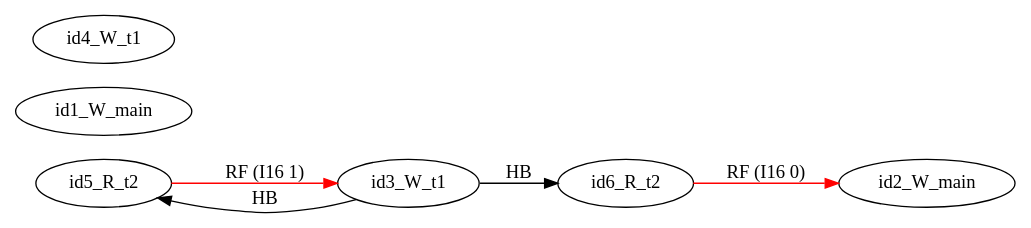
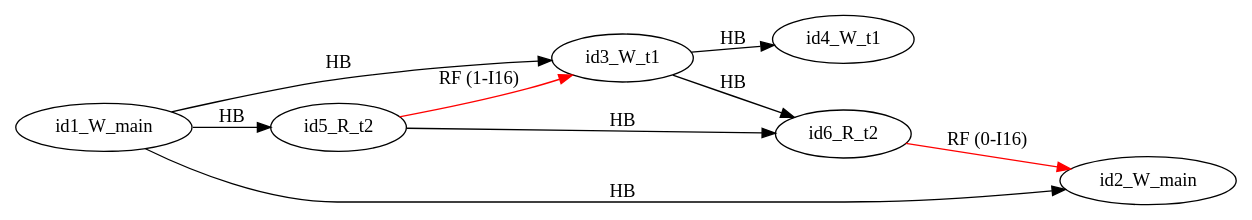
One commit to FMJS/EMME changed the diagram in examples/double_vars/dv_simple01/mm2.dot. Above: the diagram before and after it, drawn with Graphviz. The commit also changed 242 other files, not shown here.

```diff
--- a/examples/double_vars/dv_simple01/mm2.dot
+++ b/examples/double_vars/dv_simple01/mm2.dot
@@ -1,14 +1,18 @@
 digraph memory_model {
 rankdir=LR;
 splines=true; esep=0.5;
-id5_R_t2 -> id3_W_t1 [label = "RF (I16 1)", color="red"];
-id6_R_t2 -> id2_W_main [label = "RF (I16 0)", color="red"];
-id3_W_t1 -> id5_R_t2 [label = "HB", color="black"];
+id5_R_t2 -> id3_W_t1 [label = "RF (1-I16)", color="red"];
+id6_R_t2 -> id2_W_main [label = "RF (0-I16)", color="red"];
+id1_W_main -> id2_W_main [label = "HB", color="black"];
+id3_W_t1 -> id4_W_t1 [label = "HB", color="black"];
+id5_R_t2 -> id6_R_t2 [label = "HB", color="black"];
+id1_W_main -> id3_W_t1 [label = "HB", color="black"];
+id1_W_main -> id5_R_t2 [label = "HB", color="black"];
 id3_W_t1 -> id6_R_t2 [label = "HB", color="black"];
 id1_W_main [pos="2.5,4!"]
 id2_W_main [pos="2.5,2!"]
 id3_W_t1 [pos="0,0!"]
 id4_W_t1 [pos="0,-2!"]
 id5_R_t2 [pos="5,0!"]
 id6_R_t2 [pos="5,-2!"]
 }
```
